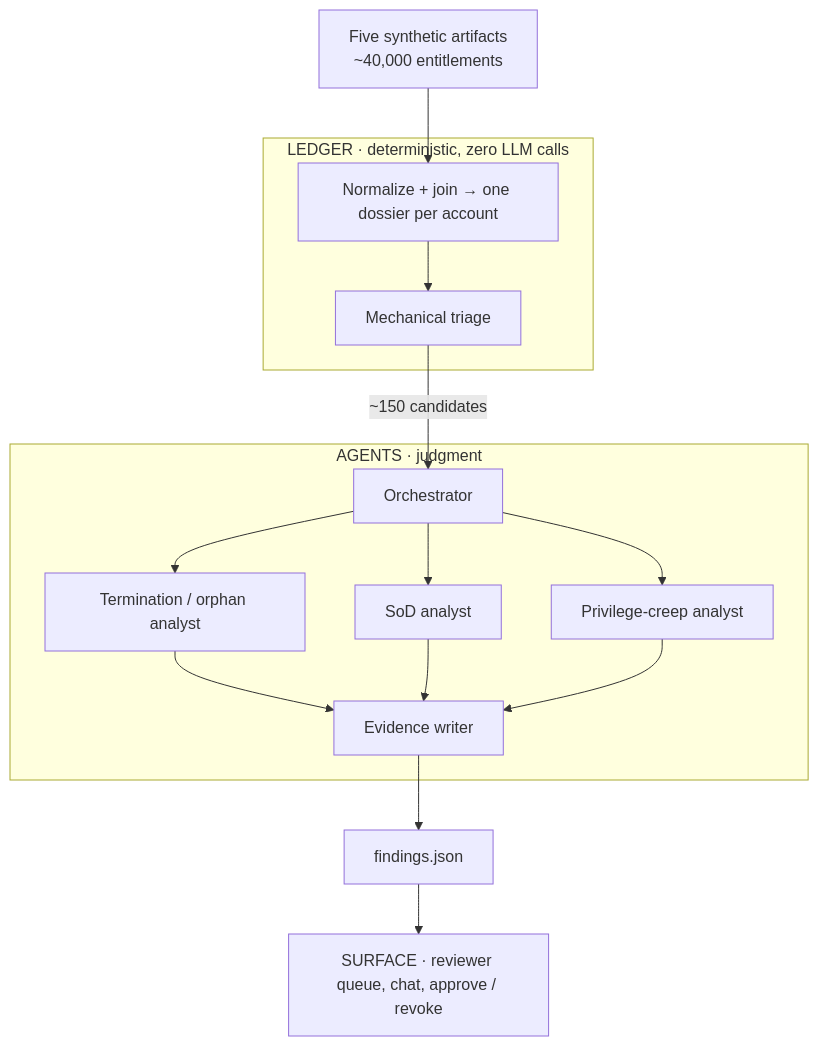
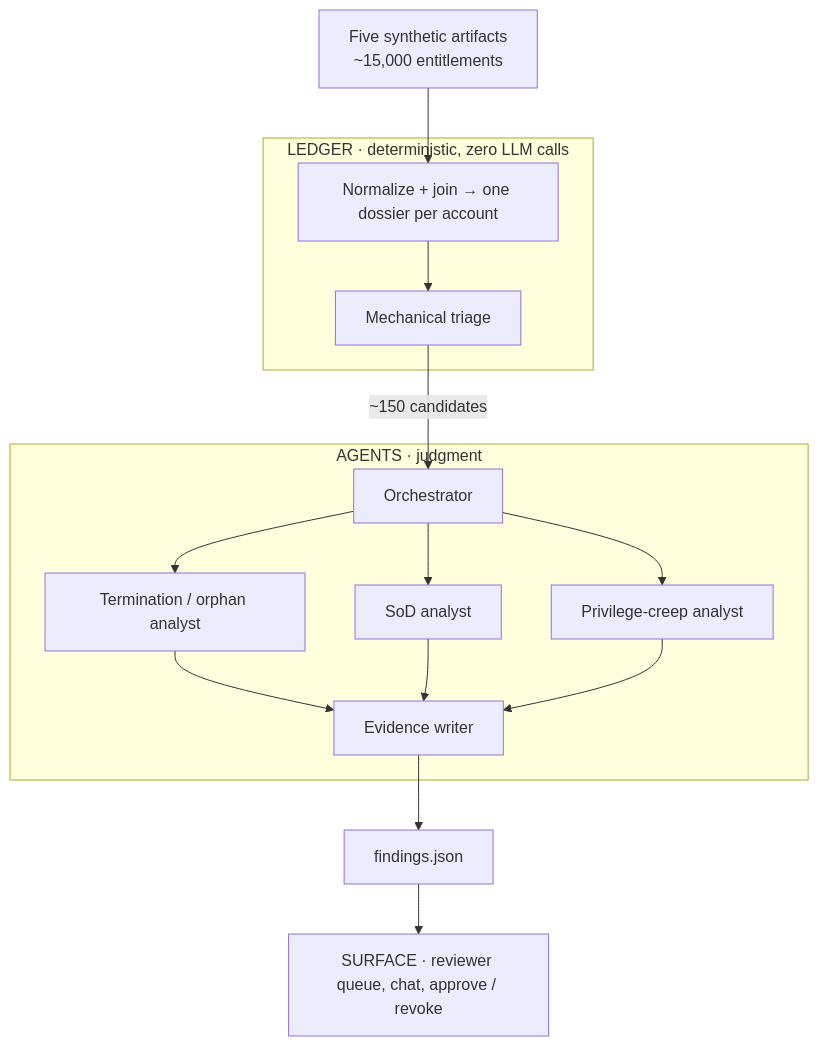
One commit to kmcoleman/claudecourse changed the diagram in docs/superpowers/specs/2026-07-15-uar-capstone-design.md. Above: the diagram before and after it, drawn with Mermaid. The commit also changed other lines of this file and 1 other file, not shown here.

````diff
--- a/docs/superpowers/specs/2026-07-15-uar-capstone-design.md
+++ b/docs/superpowers/specs/2026-07-15-uar-capstone-design.md
@@ -137,18 +142,18 @@
 ```mermaid
 flowchart TB
-    A["Five synthetic artifacts<br/>~40,000 entitlements"] --> B
+    A["Five synthetic artifacts<br/>~15,000 entitlements"] --> B
     subgraph L1["LEDGER · deterministic, zero LLM calls"]
       B["Normalize + join → one dossier per account"] --> C["Mechanical triage"]
     end
     C -->|"~150 candidates"| D
     subgraph L2["AGENTS · judgment"]
       D["Orchestrator"] --> E["Termination / orphan analyst"]
       D --> F["SoD analyst"]
       D --> G["Privilege-creep analyst"]
       E --> H["Evidence writer"]
       F --> H
       G --> H
     end
     H --> I["findings.json"]
     I --> J["SURFACE · reviewer queue, chat, approve / revoke"]
 ```
````
